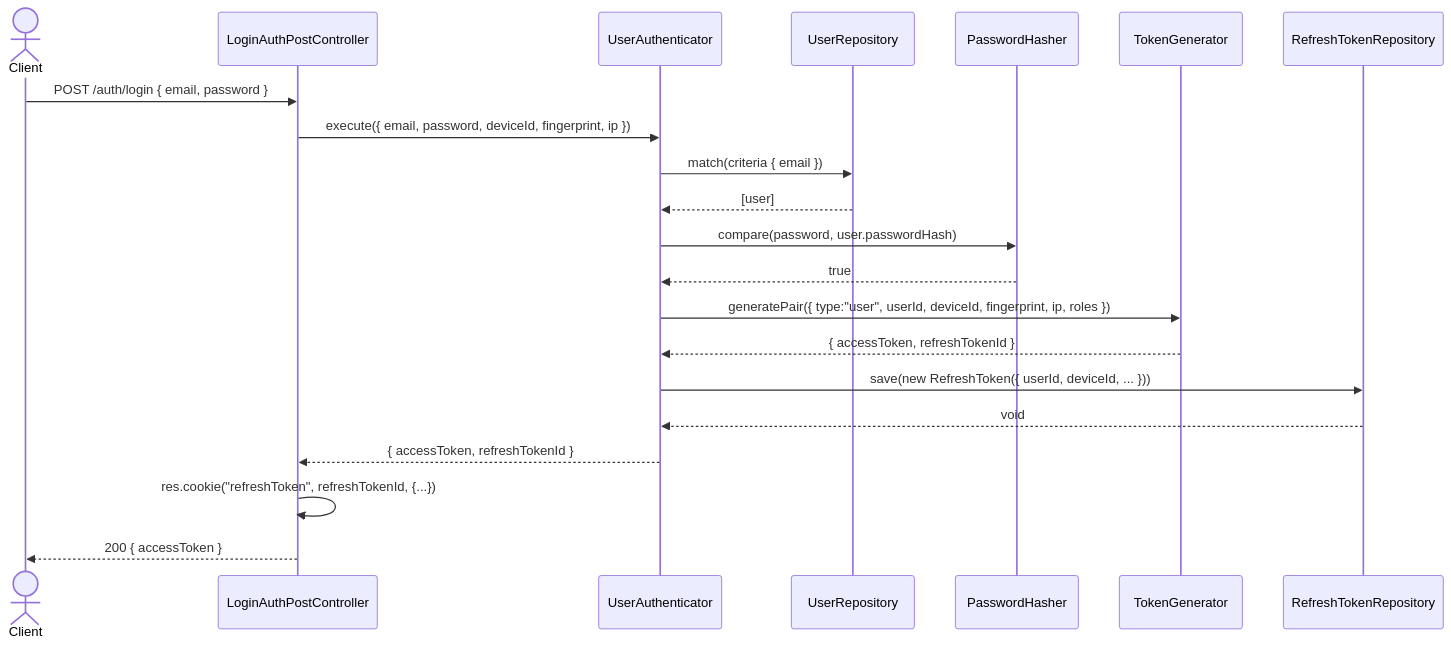
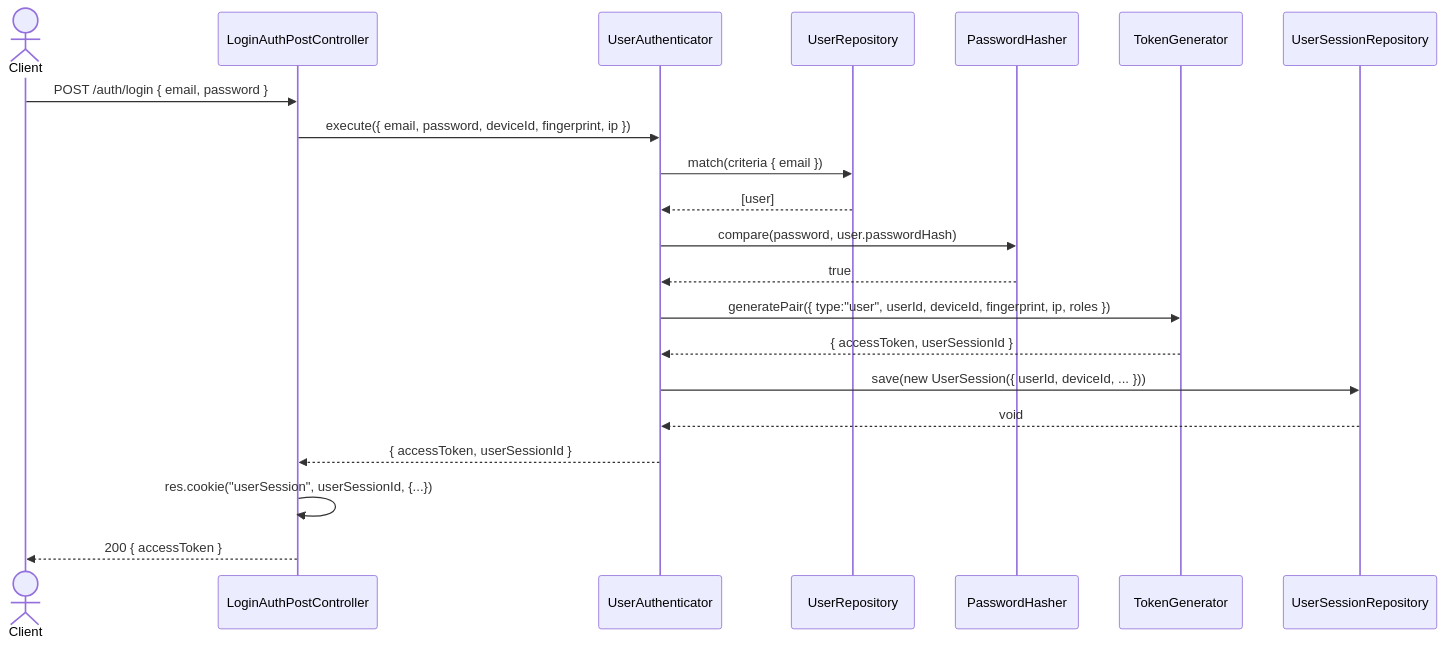
The first of 2 diagrams in docs/apps/api/identity/login/sequence.md (AbrahamVilchesDeLaCruz/ididntcatchthat), drawn with Mermaid before and after one commit. The commit also changed 166 other files, not shown here.

First line of the commit message:
refactor(identity): replace RefreshToken with UserSession aggregate

````diff
--- a/docs/apps/api/identity/login/sequence.md
+++ b/docs/apps/api/identity/login/sequence.md
@@ -7,29 +7,29 @@
 ```mermaid
 sequenceDiagram
     actor Client
     participant C as LoginAuthPostController
     participant UC as UserAuthenticator
     participant UREPO as UserRepository
     participant PH as PasswordHasher
     participant TG as TokenGenerator
-    participant RTREPO as RefreshTokenRepository
+    participant RTREPO as UserSessionRepository
 
     Client->>C: POST /auth/login { email, password }
     C->>UC: execute({ email, password, deviceId, fingerprint, ip })
 
     UC->>UREPO: match(criteria { email })
     UREPO-->>UC: [user]
 
     UC->>PH: compare(password, user.passwordHash)
     PH-->>UC: true
 
     UC->>TG: generatePair({ type:"user", userId, deviceId, fingerprint, ip, roles })
-    TG-->>UC: { accessToken, refreshTokenId }
+    TG-->>UC: { accessToken, userSessionId }
 
-    UC->>RTREPO: save(new RefreshToken({ userId, deviceId, ... }))
+    UC->>RTREPO: save(new UserSession({ userId, deviceId, ... }))
     RTREPO-->>UC: void
 
-    UC-->>C: { accessToken, refreshTokenId }
-    C->>C: res.cookie("refreshToken", refreshTokenId, {...})
+    UC-->>C: { accessToken, userSessionId }
+    C->>C: res.cookie("userSession", userSessionId, {...})
     C-->>Client: 200 { accessToken }
 ```
````
